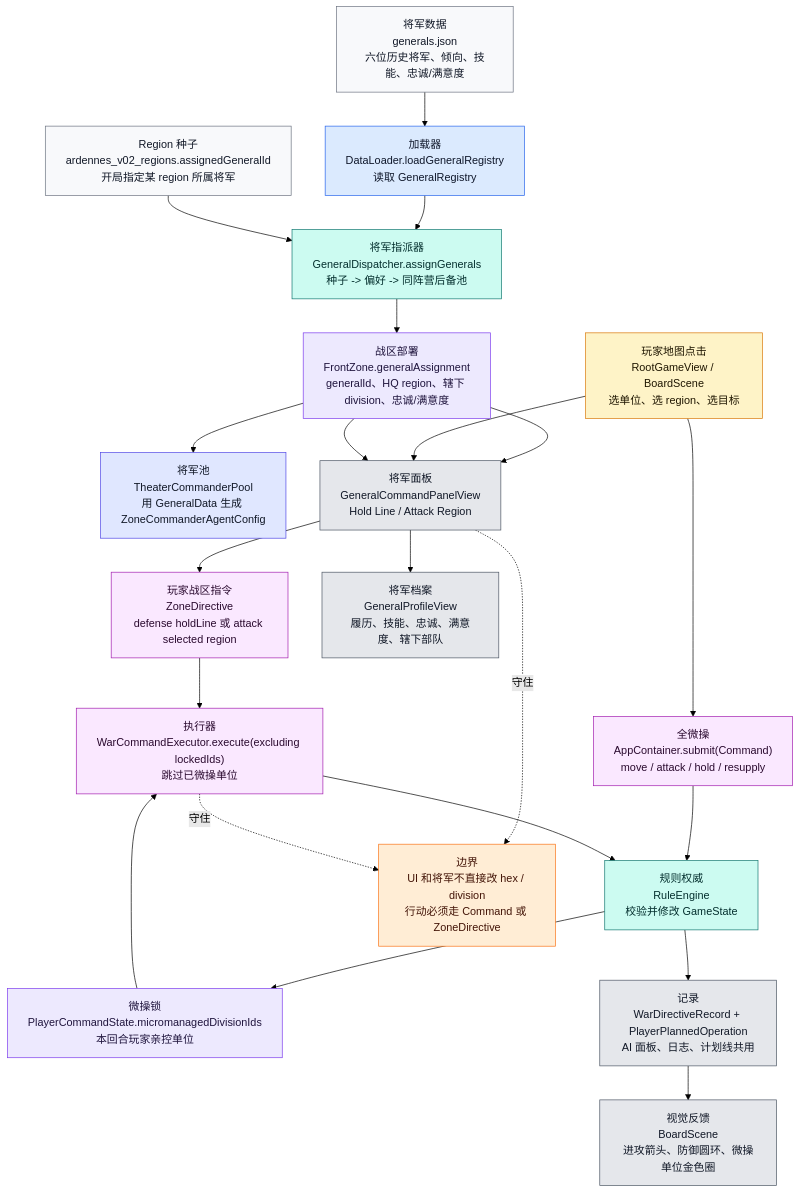
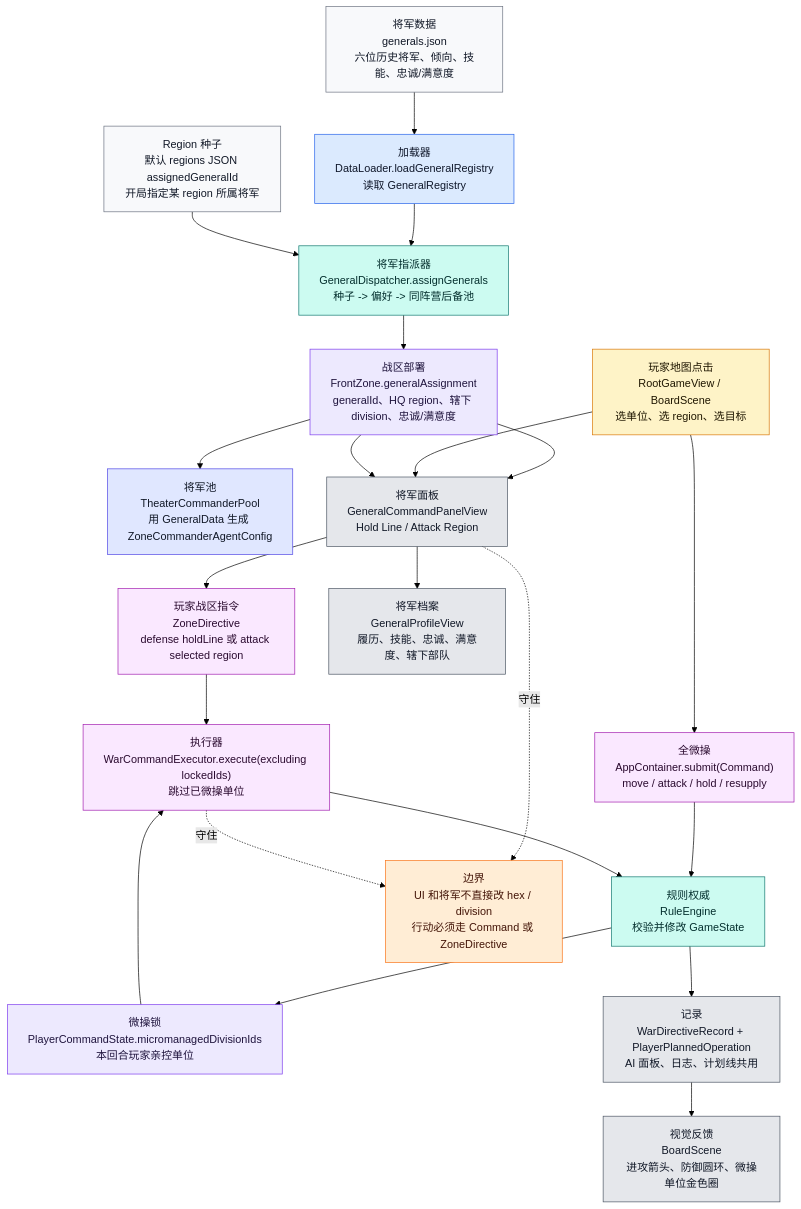
The eighth of 9 diagrams in md/flow/flowchart.md (Altman-sam114/121), drawn with Mermaid (forest theme) before and after one commit. The commit also changed other lines of this file and 11 other files, not shown here.

````diff
--- a/md/flow/flowchart.md
+++ b/md/flow/flowchart.md
@@ -408,42 +409,42 @@
 ```mermaid
 flowchart TD
     GJSON["将军数据<br/>generals.json<br/>六位历史将军、倾向、技能、忠诚/满意度"]:::data
-    RJSON["Region 种子<br/>ardennes_v02_regions.assignedGeneralId<br/>开局指定某 region 所属将军"]:::data
+    RJSON["Region 种子<br/>默认 regions JSON assignedGeneralId<br/>开局指定某 region 所属将军"]:::data
     DL["加载器<br/>DataLoader.loadGeneralRegistry<br/>读取 GeneralRegistry"]:::loader
     DISP["将军指派器<br/>GeneralDispatcher.assignGenerals<br/>种子 -> 偏好 -> 同阵营后备池"]:::rules
     FZ["战区部署<br/>FrontZone.generalAssignment<br/>generalId、HQ region、辖下 division、忠诚/满意度"]:::state
     POOL["将军池<br/>TheaterCommanderPool<br/>用 GeneralData 生成 ZoneCommanderAgentConfig"]:::ai
 
     TAP["玩家地图点击<br/>RootGameView / BoardScene<br/>选单位、选 region、选目标"]:::input
     MICRO["全微操<br/>AppContainer.submit(Command)<br/>move / attack / hold / resupply"]:::command
     LOCK["微操锁<br/>PlayerCommandState.micromanagedDivisionIds<br/>本回合玩家亲控单位"]:::state
     GENUI["将军面板<br/>GeneralCommandPanelView<br/>Hold Line / Attack Region"]:::ui
     ZD["玩家战区指令<br/>ZoneDirective<br/>defense holdLine 或 attack selected region"]:::command
     WCE["执行器<br/>WarCommandExecutor.execute(excluding lockedIds)<br/>跳过已微操单位"]:::command
     RE["规则权威<br/>RuleEngine<br/>校验并修改 GameState"]:::rules
     RECORD["记录<br/>WarDirectiveRecord + PlayerPlannedOperation<br/>AI 面板、日志、计划线共用"]:::ui
     BOARD["视觉反馈<br/>BoardScene<br/>进攻箭头、防御圆环、微操单位金色圈"]:::ui
     PROFILE["将军档案<br/>GeneralProfileView<br/>履历、技能、忠诚、满意度、辖下部队"]:::ui
 
     GJSON --> DL --> DISP
     RJSON --> DISP --> FZ --> POOL
     FZ --> GENUI --> PROFILE
     TAP --> MICRO --> RE --> LOCK
     LOCK --> WCE
     TAP --> GENUI --> ZD --> WCE --> RE --> RECORD --> BOARD
     FZ --> GENUI
 
     WARN["边界<br/>UI 和将军不直接改 hex / division<br/>行动必须走 Command 或 ZoneDirective"]:::warn
     GENUI -.守住.-> WARN
     WCE -.守住.-> WARN
 
     classDef data fill:#f8f9fb,stroke:#6b7280,color:#111827
     classDef loader fill:#dbeafe,stroke:#2563eb,color:#0f172a
     classDef state fill:#ede9fe,stroke:#7c3aed,color:#1f143d
     classDef ai fill:#e0e7ff,stroke:#4f46e5,color:#111827
     classDef input fill:#fef3c7,stroke:#d97706,color:#1f1600
     classDef command fill:#fae8ff,stroke:#a21caf,color:#2a0a2f
     classDef rules fill:#ccfbf1,stroke:#0f766e,color:#042f2e
     classDef ui fill:#e5e7eb,stroke:#4b5563,color:#111827
     classDef warn fill:#ffedd5,stroke:#f97316,color:#431407
 ```
````
